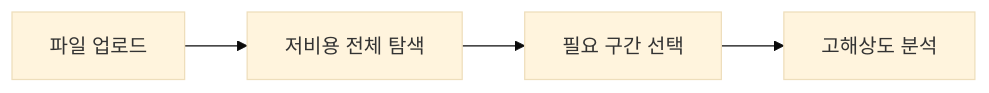
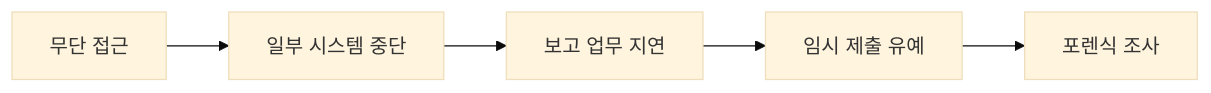
One commit to CoCo-1223/ai-security-brief-src changed the first of 2 diagrams in src/content/posts/brief-2026-11-26.md. Above: the diagram before and after it, drawn with Mermaid (base theme). The commit also changed other lines of this file and 1 other file, not shown here.

````diff
--- a/src/content/posts/brief-2026-11-26.md
+++ b/src/content/posts/brief-2026-11-26.md
@@ -36,4 +67,4 @@
 ```mermaid
 flowchart LR
-  A["파일 업로드"] --> B["저비용 전체 탐색"] --> C["필요 구간 선택"] --> D["고해상도 분석"]
+  A["무단 접근"] --> B["일부 시스템 중단"] --> C["보고 업무 지연"] --> D["임시 제출 유예"] --> E["포렌식 조사"]
 ```
````
